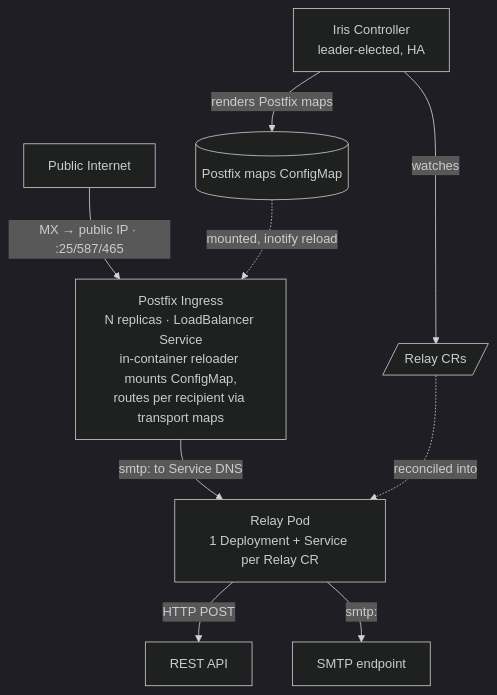
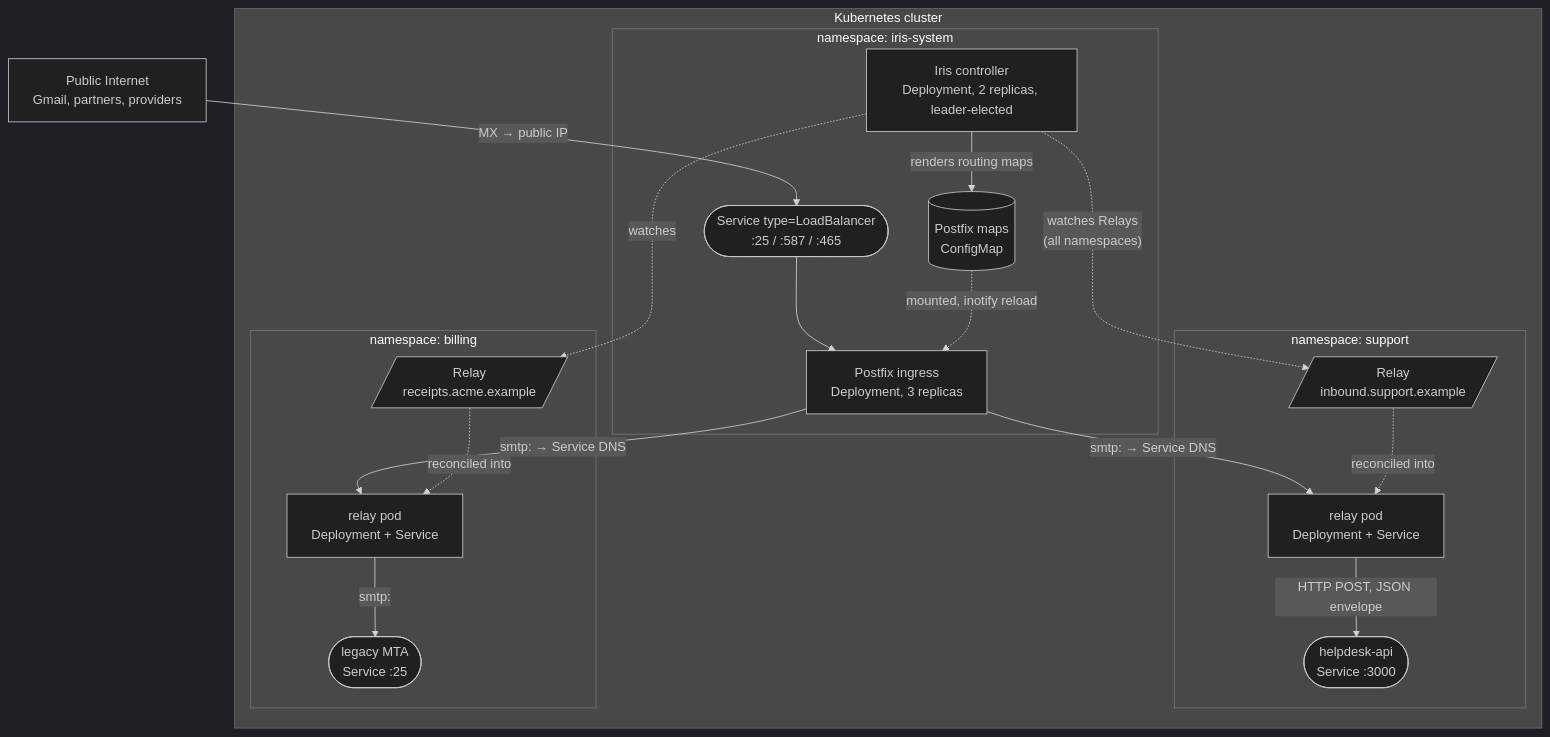
The diagram in README.md (philprime/iris), drawn with Mermaid (dark theme) before and after one commit. The commit also changed other lines of this file and 1 other file, not shown here.

Commit message:
docs: show an example deployment diagram in the README
Move the generic component architecture diagram from the README into a
new Overview section in docs/architecture.md, and replace it in the
README with an example deployment. The example spans the shared
iris-system tier and two team namespaces, showing both destination
types (HTTP and SMTP), the LoadBalancer and per-relay Services, and the
controller's cluster-wide reconcile relationships.

````diff
--- a/README.md
+++ b/README.md
@@ -19,20 +24,39 @@
 ```mermaid
 flowchart TB
-    internet["Public Internet"]
-    ingress["Postfix Ingress<br/>N replicas · LoadBalancer Service<br/>in-container reloader mounts ConfigMap,<br/>routes per recipient via transport maps"]
-    relay["Relay Pod<br/>1 Deployment + Service per Relay CR"]
-    rest["REST API"]
-    smtpep["SMTP endpoint"]
-    controller["Iris Controller<br/>leader-elected, HA"]
-    configmap[("Postfix maps ConfigMap")]
-    relaycr[/"Relay CRs"/]
+    senders["Public Internet<br/>Gmail, partners, providers"]
 
-    internet -->|"MX → public IP · :25/587/465"| ingress
-    ingress -->|"smtp: to Service DNS"| relay
-    relay -->|"HTTP POST"| rest
-    relay -->|"smtp:"| smtpep
-    controller -->|"watches"| relaycr
-    controller -->|"renders Postfix maps"| configmap
-    configmap -.->|"mounted, inotify reload"| ingress
-    relaycr -.->|"reconciled into"| relay
+    subgraph cluster["Kubernetes cluster"]
+        subgraph irissys["namespace: iris-system"]
+            lb(["Service type=LoadBalancer<br/>:25 / :587 / :465"])
+            postfix["Postfix ingress<br/>Deployment, 3 replicas"]
+            controller["Iris controller<br/>Deployment, 2 replicas, leader-elected"]
+            maps[("Postfix maps<br/>ConfigMap")]
+        end
+
+        subgraph support["namespace: support"]
+            relayS[/"Relay<br/>inbound.support.example"/]
+            podS["relay pod<br/>Deployment + Service"]
+            apiS(["helpdesk-api<br/>Service :3000"])
+        end
+
+        subgraph billing["namespace: billing"]
+            relayB[/"Relay<br/>receipts.acme.example"/]
+            podB["relay pod<br/>Deployment + Service"]
+            mtaB(["legacy MTA<br/>Service :25"])
+        end
+    end
+
+    senders -->|"MX → public IP"| lb --> postfix
+
+    postfix -->|"smtp: → Service DNS"| podS
+    postfix -->|"smtp: → Service DNS"| podB
+    podS -->|"HTTP POST, JSON envelope"| apiS
+    podB -->|"smtp:"| mtaB
+
+    controller -. "watches Relays<br/>(all namespaces)" .-> relayS
+    controller -. watches .-> relayB
+    controller -->|"renders routing maps"| maps
+    maps -. "mounted, inotify reload" .-> postfix
+    relayS -. "reconciled into" .-> podS
+    relayB -. "reconciled into" .-> podB
 ```
````
